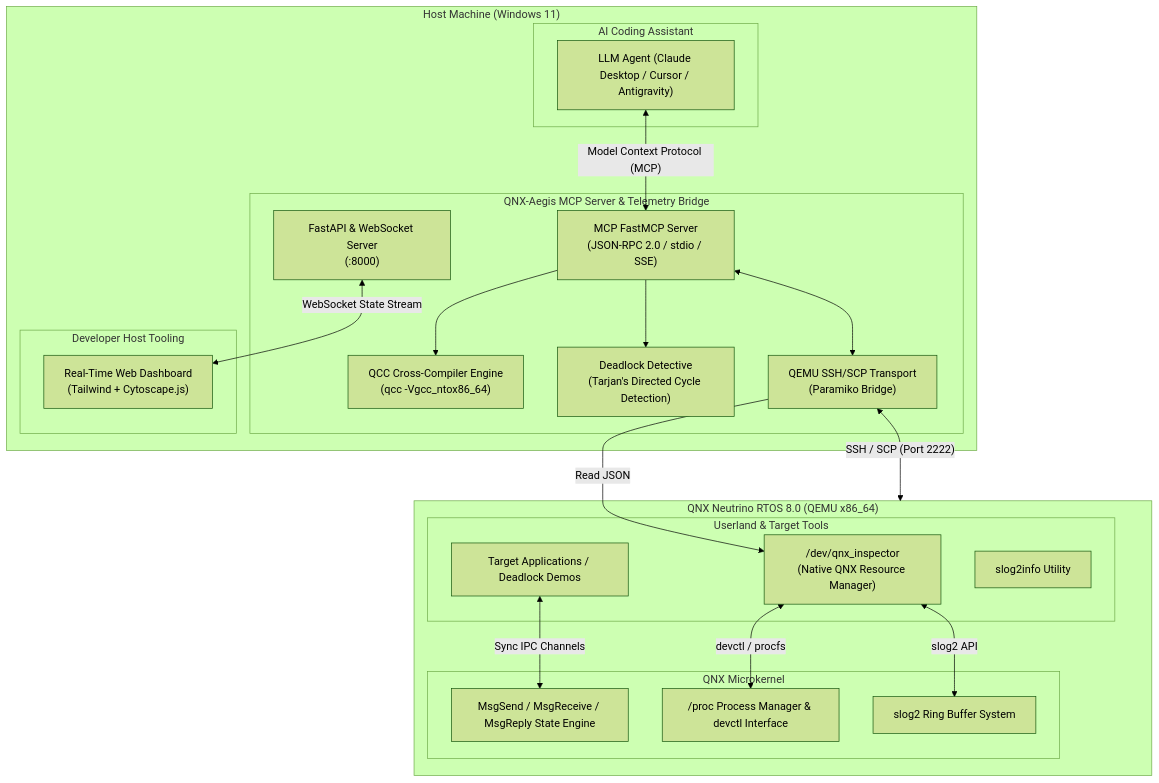
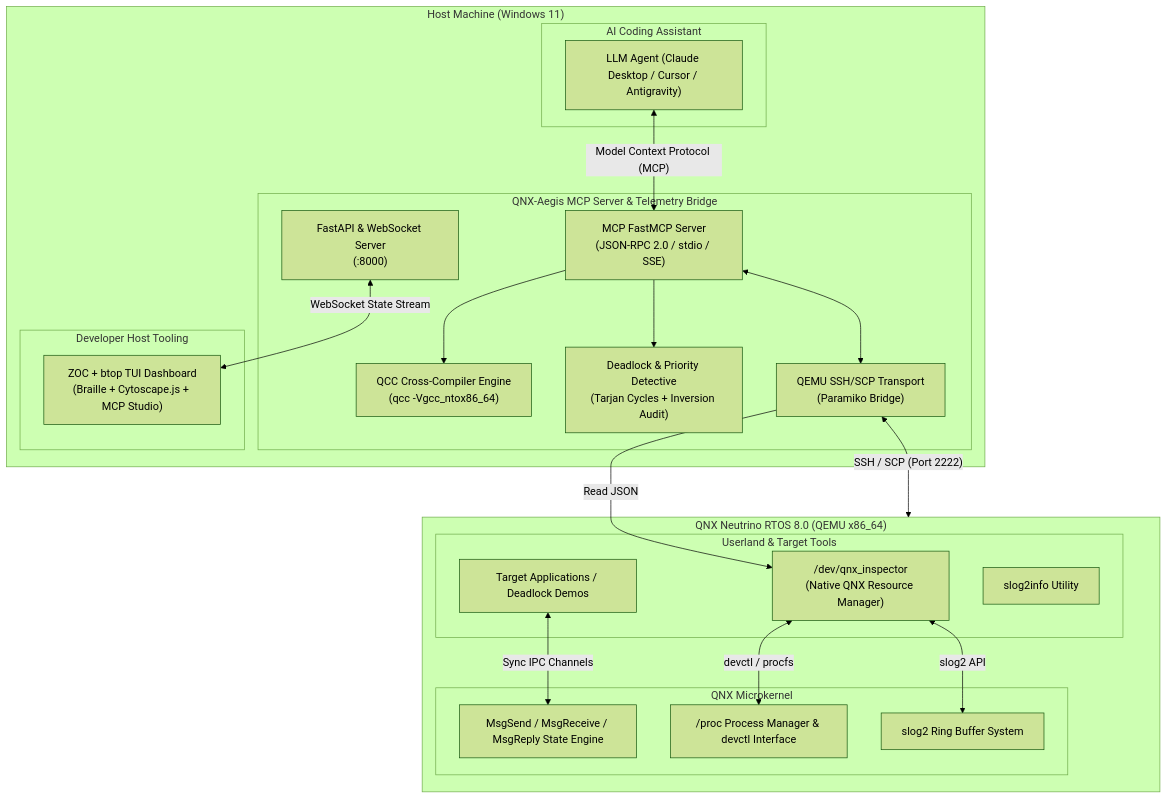
One commit to PHONGUIT22/QNX-aegis changed the diagram in README.md. Above: the diagram before and after it, drawn with Mermaid (forest theme). The commit also changed other lines of this file and 11 other files, not shown here.

Commit message:
feat: add ZOC+btop TUI dashboard, ClockCycles IPC benchmark, priority inversion audit, QCC hot-patch & MCP studio

````diff
--- a/README.md
+++ b/README.md
@@ -34,47 +34,47 @@
 ```mermaid
 flowchart TB
     subgraph Host["Host Machine (Windows 11)"]
         subgraph AI["AI Coding Assistant"]
             LLM["LLM Agent (Claude Desktop / Cursor / Antigravity)"]
         end
 
         subgraph MCP["QNX-Aegis MCP Server & Telemetry Bridge"]
             Server["MCP FastMCP Server<br/>(JSON-RPC 2.0 / stdio / SSE)"]
             Compiler["QCC Cross-Compiler Engine<br/>(qcc -Vgcc_ntox86_64)"]
-            Detective["Deadlock Detective<br/>(Tarjan's Directed Cycle Detection)"]
+            Detective["Deadlock & Priority Detective<br/>(Tarjan Cycles + Inversion Audit)"]
             Bridge["FastAPI & WebSocket Server<br/>(:8000)"]
             Paramiko["QEMU SSH/SCP Transport<br/>(Paramiko Bridge)"]
         end
 
         subgraph UI["Developer Host Tooling"]
-            Dashboard["Real-Time Web Dashboard<br/>(Tailwind + Cytoscape.js)"]
+            Dashboard["ZOC + btop TUI Dashboard<br/>(Braille + Cytoscape.js + MCP Studio)"]
         end
     end
 
     subgraph Target["QNX Neutrino RTOS 8.0 (QEMU x86_64)"]
         subgraph Kernel["QNX Microkernel"]
             IPC["MsgSend / MsgReceive / MsgReply State Engine"]
             ProcFS["/proc Process Manager & devctl Interface"]
             Slog2Buffer["slog2 Ring Buffer System"]
         end
 
         subgraph Daemons["Userland & Target Tools"]
             ResMgr["/dev/qnx_inspector<br/>(Native QNX Resource Manager)"]
             DemoApp["Target Applications / Deadlock Demos"]
             Slog2Info["slog2info Utility"]
         end
     end
 
     %% Communications
     LLM <-->|"Model Context Protocol (MCP)"| Server
     Server --> Compiler
     Server --> Detective
     Server <--> Paramiko
     Bridge <-->|"WebSocket State Stream"| Dashboard
 
     Paramiko <-->|"SSH / SCP (Port 2222)"| Target
     ResMgr <-->|"devctl / procfs"| ProcFS
     ResMgr <-->|"slog2 API"| Slog2Buffer
     DemoApp <-->|"Sync IPC Channels"| IPC
     Paramiko -->|"Read JSON"| ResMgr
 ```
````
